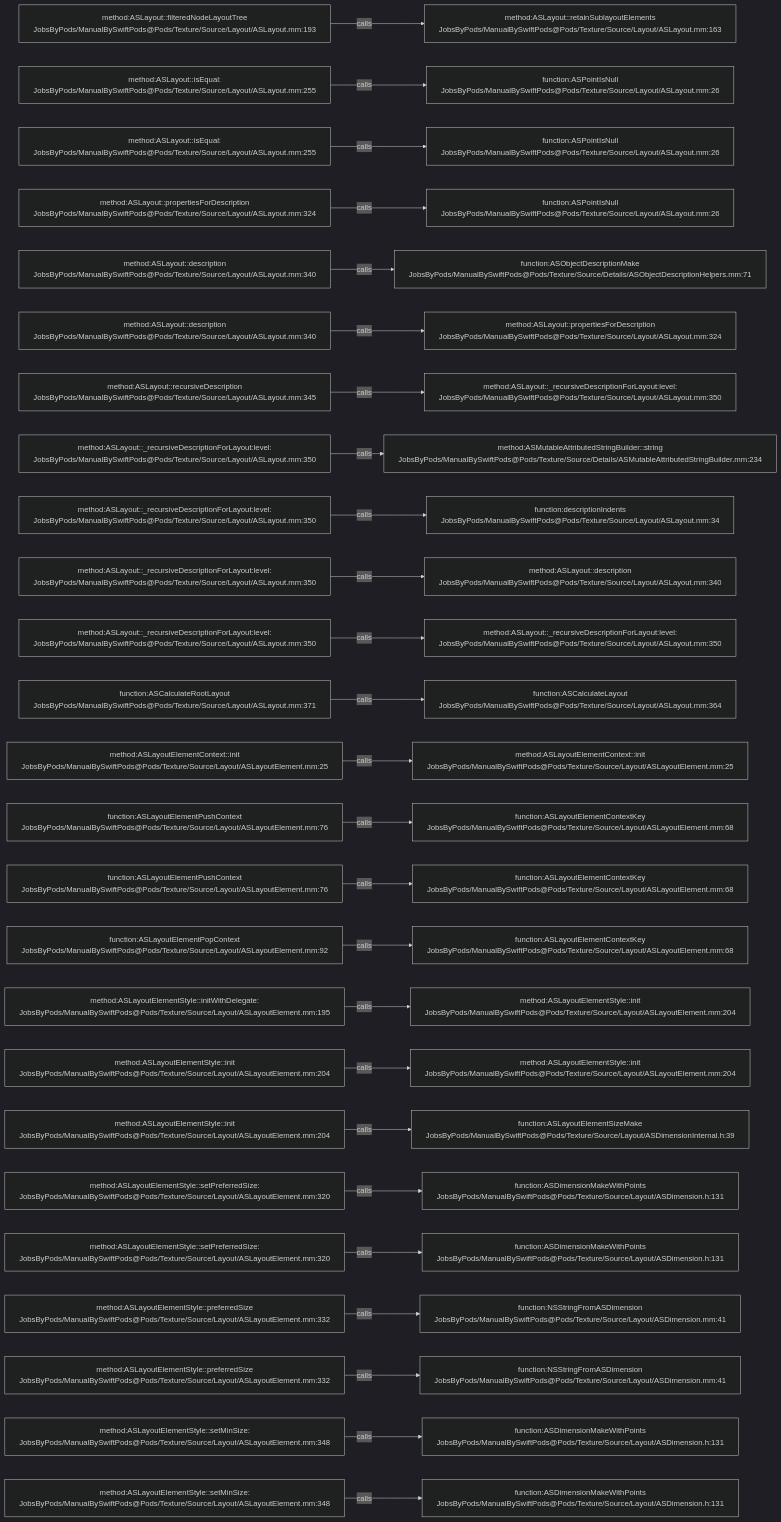
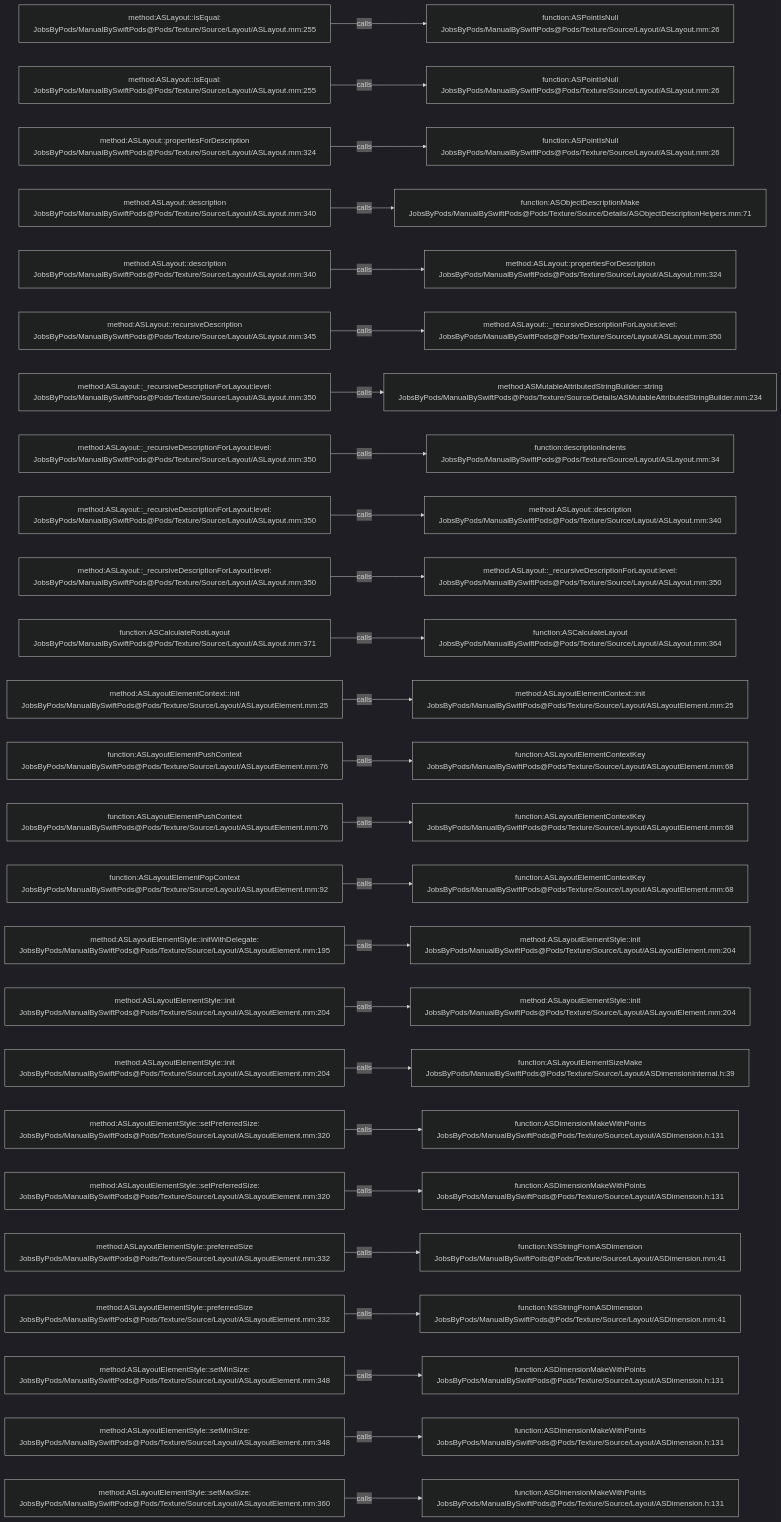
One commit to JobsKits/JobsSwiftBaseConfigDemo changed the diagram in .codegraph/codegraph.md/graphs/calls-109.md. Above: the diagram before and after it, drawn with Mermaid (dark theme). The commit also changed 747 other files, not shown here.

````diff
--- a/.codegraph/codegraph.md/graphs/calls-109.md
+++ b/.codegraph/codegraph.md/graphs/calls-109.md
@@ -13,78 +13,78 @@
 ```mermaid
 flowchart LR
-  S1["method:ASLayout::filteredNodeLayoutTree<br/>JobsByPods/ManualBySwiftPods@Pods/Texture/Source/Layout/ASLayout.mm:193"]
-  T1["method:ASLayout::retainSublayoutElements<br/>JobsByPods/ManualBySwiftPods@Pods/Texture/Source/Layout/ASLayout.mm:163"]
+  S1["method:ASLayout::isEqual:<br/>JobsByPods/ManualBySwiftPods@Pods/Texture/Source/Layout/ASLayout.mm:255"]
+  T1["function:ASPointIsNull<br/>JobsByPods/ManualBySwiftPods@Pods/Texture/Source/Layout/ASLayout.mm:26"]
   S1 -->|calls| T1
   S2["method:ASLayout::isEqual:<br/>JobsByPods/ManualBySwiftPods@Pods/Texture/Source/Layout/ASLayout.mm:255"]
   T2["function:ASPointIsNull<br/>JobsByPods/ManualBySwiftPods@Pods/Texture/Source/Layout/ASLayout.mm:26"]
   S2 -->|calls| T2
-  S3["method:ASLayout::isEqual:<br/>JobsByPods/ManualBySwiftPods@Pods/Texture/Source/Layout/ASLayout.mm:255"]
+  S3["method:ASLayout::propertiesForDescription<br/>JobsByPods/ManualBySwiftPods@Pods/Texture/Source/Layout/ASLayout.mm:324"]
   T3["function:ASPointIsNull<br/>JobsByPods/ManualBySwiftPods@Pods/Texture/Source/Layout/ASLayout.mm:26"]
   S3 -->|calls| T3
-  S4["method:ASLayout::propertiesForDescription<br/>JobsByPods/ManualBySwiftPods@Pods/Texture/Source/Layout/ASLayout.mm:324"]
-  T4["function:ASPointIsNull<br/>JobsByPods/ManualBySwiftPods@Pods/Texture/Source/Layout/ASLayout.mm:26"]
+  S4["method:ASLayout::description<br/>JobsByPods/ManualBySwiftPods@Pods/Texture/Source/Layout/ASLayout.mm:340"]
+  T4["function:ASObjectDescriptionMake<br/>JobsByPods/ManualBySwiftPods@Pods/Texture/Source/Details/ASObjectDescriptionHelpers.mm:71"]
   S4 -->|calls| T4
   S5["method:ASLayout::description<br/>JobsByPods/ManualBySwiftPods@Pods/Texture/Source/Layout/ASLayout.mm:340"]
-  T5["function:ASObjectDescriptionMake<br/>JobsByPods/ManualBySwiftPods@Pods/Texture/Source/Details/ASObjectDescriptionHelpers.mm:71"]
+  T5["method:ASLayout::propertiesForDescription<br/>JobsByPods/ManualBySwiftPods@Pods/Texture/Source/Layout/ASLayout.mm:324"]
   S5 -->|calls| T5
-  S6["method:ASLayout::description<br/>JobsByPods/ManualBySwiftPods@Pods/Texture/Source/Layout/ASLayout.mm:340"]
-  T6["method:ASLayout::propertiesForDescription<br/>JobsByPods/ManualBySwiftPods@Pods/Texture/Source/Layout/ASLayout.mm:324"]
+  S6["method:ASLayout::recursiveDescription<br/>JobsByPods/ManualBySwiftPods@Pods/Texture/Source/Layout/ASLayout.mm:345"]
+  T6["method:ASLayout::_recursiveDescriptionForLayout:level:<br/>JobsByPods/ManualBySwiftPods@Pods/Texture/Source/Layout/ASLayout.mm:350"]
   S6 -->|calls| T6
-  S7["method:ASLayout::recursiveDescription<br/>JobsByPods/ManualBySwiftPods@Pods/Texture/Source/Layout/ASLayout.mm:345"]
-  T7["method:ASLayout::_recursiveDescriptionForLayout:level:<br/>JobsByPods/ManualBySwiftPods@Pods/Texture/Source/Layout/ASLayout.mm:350"]
+  S7["method:ASLayout::_recursiveDescriptionForLayout:level:<br/>JobsByPods/ManualBySwiftPods@Pods/Texture/Source/Layout/ASLayout.mm:350"]
+  T7["method:ASMutableAttributedStringBuilder::string<br/>JobsByPods/ManualBySwiftPods@Pods/Texture/Source/Details/ASMutableAttributedStringBuilder.mm:234"]
   S7 -->|calls| T7
   S8["method:ASLayout::_recursiveDescriptionForLayout:level:<br/>JobsByPods/ManualBySwiftPods@Pods/Texture/Source/Layout/ASLayout.mm:350"]
-  T8["method:ASMutableAttributedStringBuilder::string<br/>JobsByPods/ManualBySwiftPods@Pods/Texture/Source/Details/ASMutableAttributedStringBuilder.mm:234"]
+  T8["function:descriptionIndents<br/>JobsByPods/ManualBySwiftPods@Pods/Texture/Source/Layout/ASLayout.mm:34"]
   S8 -->|calls| T8
   S9["method:ASLayout::_recursiveDescriptionForLayout:level:<br/>JobsByPods/ManualBySwiftPods@Pods/Texture/Source/Layout/ASLayout.mm:350"]
-  T9["function:descriptionIndents<br/>JobsByPods/ManualBySwiftPods@Pods/Texture/Source/Layout/ASLayout.mm:34"]
+  T9["method:ASLayout::description<br/>JobsByPods/ManualBySwiftPods@Pods/Texture/Source/Layout/ASLayout.mm:340"]
   S9 -->|calls| T9
   S10["method:ASLayout::_recursiveDescriptionForLayout:level:<br/>JobsByPods/ManualBySwiftPods@Pods/Texture/Source/Layout/ASLayout.mm:350"]
-  T10["method:ASLayout::description<br/>JobsByPods/ManualBySwiftPods@Pods/Texture/Source/Layout/ASLayout.mm:340"]
+  T10["method:ASLayout::_recursiveDescriptionForLayout:level:<br/>JobsByPods/ManualBySwiftPods@Pods/Texture/Source/Layout/ASLayout.mm:350"]
   S10 -->|calls| T10
-  S11["method:ASLayout::_recursiveDescriptionForLayout:level:<br/>JobsByPods/ManualBySwiftPods@Pods/Texture/Source/Layout/ASLayout.mm:350"]
-  T11["method:ASLayout::_recursiveDescriptionForLayout:level:<br/>JobsByPods/ManualBySwiftPods@Pods/Texture/Source/Layout/ASLayout.mm:350"]
+  S11["function:ASCalculateRootLayout<br/>JobsByPods/ManualBySwiftPods@Pods/Texture/Source/Layout/ASLayout.mm:371"]
+  T11["function:ASCalculateLayout<br/>JobsByPods/ManualBySwiftPods@Pods/Texture/Source/Layout/ASLayout.mm:364"]
   S11 -->|calls| T11
-  S12["function:ASCalculateRootLayout<br/>JobsByPods/ManualBySwiftPods@Pods/Texture/Source/Layout/ASLayout.mm:371"]
-  T12["function:ASCalculateLayout<br/>JobsByPods/ManualBySwiftPods@Pods/Texture/Source/Layout/ASLayout.mm:364"]
+  S12["method:ASLayoutElementContext::init<br/>JobsByPods/ManualBySwiftPods@Pods/Texture/Source/Layout/ASLayoutElement.mm:25"]
+  T12["method:ASLayoutElementContext::init<br/>JobsByPods/ManualBySwiftPods@Pods/Texture/Source/Layout/ASLayoutElement.mm:25"]
   S12 -->|calls| T12
-  S13["method:ASLayoutElementContext::init<br/>JobsByPods/ManualBySwiftPods@Pods/Texture/Source/Layout/ASLayoutElement.mm:25"]
-  T13["method:ASLayoutElementContext::init<br/>JobsByPods/ManualBySwiftPods@Pods/Texture/Source/Layout/ASLayoutElement.mm:25"]
+  S13["function:ASLayoutElementPushContext<br/>JobsByPods/ManualBySwiftPods@Pods/Texture/Source/Layout/ASLayoutElement.mm:76"]
+  T13["function:ASLayoutElementContextKey<br/>JobsByPods/ManualBySwiftPods@Pods/Texture/Source/Layout/ASLayoutElement.mm:68"]
   S13 -->|calls| T13
   S14["function:ASLayoutElementPushContext<br/>JobsByPods/ManualBySwiftPods@Pods/Texture/Source/Layout/ASLayoutElement.mm:76"]
   T14["function:ASLayoutElementContextKey<br/>JobsByPods/ManualBySwiftPods@Pods/Texture/Source/Layout/ASLayoutElement.mm:68"]
   S14 -->|calls| T14
-  S15["function:ASLayoutElementPushContext<br/>JobsByPods/ManualBySwiftPods@Pods/Texture/Source/Layout/ASLayoutElement.mm:76"]
+  S15["function:ASLayoutElementPopContext<br/>JobsByPods/ManualBySwiftPods@Pods/Texture/Source/Layout/ASLayoutElement.mm:92"]
   T15["function:ASLayoutElementContextKey<br/>JobsByPods/ManualBySwiftPods@Pods/Texture/Source/Layout/ASLayoutElement.mm:68"]
   S15 -->|calls| T15
-  S16["function:ASLayoutElementPopContext<br/>JobsByPods/ManualBySwiftPods@Pods/Texture/Source/Layout/ASLayoutElement.mm:92"]
-  T16["function:ASLayoutElementContextKey<br/>JobsByPods/ManualBySwiftPods@Pods/Texture/Source/Layout/ASLayoutElement.mm:68"]
+  S16["method:ASLayoutElementStyle::initWithDelegate:<br/>JobsByPods/ManualBySwiftPods@Pods/Texture/Source/Layout/ASLayoutElement.mm:195"]
+  T16["method:ASLayoutElementStyle::init<br/>JobsByPods/ManualBySwiftPods@Pods/Texture/Source/Layout/ASLayoutElement.mm:204"]
   S16 -->|calls| T16
-  S17["method:ASLayoutElementStyle::initWithDelegate:<br/>JobsByPods/ManualBySwiftPods@Pods/Texture/Source/Layout/ASLayoutElement.mm:195"]
+  S17["method:ASLayoutElementStyle::init<br/>JobsByPods/ManualBySwiftPods@Pods/Texture/Source/Layout/ASLayoutElement.mm:204"]
   T17["method:ASLayoutElementStyle::init<br/>JobsByPods/ManualBySwiftPods@Pods/Texture/Source/Layout/ASLayoutElement.mm:204"]
   S17 -->|calls| T17
   S18["method:ASLayoutElementStyle::init<br/>JobsByPods/ManualBySwiftPods@Pods/Texture/Source/Layout/ASLayoutElement.mm:204"]
-  T18["method:ASLayoutElementStyle::init<br/>JobsByPods/ManualBySwiftPods@Pods/Texture/Source/Layout/ASLayoutElement.mm:204"]
+  T18["function:ASLayoutElementSizeMake<br/>JobsByPods/ManualBySwiftPods@Pods/Texture/Source/Layout/ASDimensionInternal.h:39"]
   S18 -->|calls| T18
-  S19["method:ASLayoutElementStyle::init<br/>JobsByPods/ManualBySwiftPods@Pods/Texture/Source/Layout/ASLayoutElement.mm:204"]
-  T19["function:ASLayoutElementSizeMake<br/>JobsByPods/ManualBySwiftPods@Pods/Texture/Source/Layout/ASDimensionInternal.h:39"]
+  S19["method:ASLayoutElementStyle::setPreferredSize:<br/>JobsByPods/ManualBySwiftPods@Pods/Texture/Source/Layout/ASLayoutElement.mm:320"]
+  T19["function:ASDimensionMakeWithPoints<br/>JobsByPods/ManualBySwiftPods@Pods/Texture/Source/Layout/ASDimension.h:131"]
   S19 -->|calls| T19
   S20["method:ASLayoutElementStyle::setPreferredSize:<br/>JobsByPods/ManualBySwiftPods@Pods/Texture/Source/Layout/ASLayoutElement.mm:320"]
   T20["function:ASDimensionMakeWithPoints<br/>JobsByPods/ManualBySwiftPods@Pods/Texture/Source/Layout/ASDimension.h:131"]
   S20 -->|calls| T20
-  S21["method:ASLayoutElementStyle::setPreferredSize:<br/>JobsByPods/ManualBySwiftPods@Pods/Texture/Source/Layout/ASLayoutElement.mm:320"]
-  T21["function:ASDimensionMakeWithPoints<br/>JobsByPods/ManualBySwiftPods@Pods/Texture/Source/Layout/ASDimension.h:131"]
+  S21["method:ASLayoutElementStyle::preferredSize<br/>JobsByPods/ManualBySwiftPods@Pods/Texture/Source/Layout/ASLayoutElement.mm:332"]
+  T21["function:NSStringFromASDimension<br/>JobsByPods/ManualBySwiftPods@Pods/Texture/Source/Layout/ASDimension.mm:41"]
   S21 -->|calls| T21
   S22["method:ASLayoutElementStyle::preferredSize<br/>JobsByPods/ManualBySwiftPods@Pods/Texture/Source/Layout/ASLayoutElement.mm:332"]
   T22["function:NSStringFromASDimension<br/>JobsByPods/ManualBySwiftPods@Pods/Texture/Source/Layout/ASDimension.mm:41"]
   S22 -->|calls| T22
-  S23["method:ASLayoutElementStyle::preferredSize<br/>JobsByPods/ManualBySwiftPods@Pods/Texture/Source/Layout/ASLayoutElement.mm:332"]
-  T23["function:NSStringFromASDimension<br/>JobsByPods/ManualBySwiftPods@Pods/Texture/Source/Layout/ASDimension.mm:41"]
+  S23["method:ASLayoutElementStyle::setMinSize:<br/>JobsByPods/ManualBySwiftPods@Pods/Texture/Source/Layout/ASLayoutElement.mm:348"]
+  T23["function:ASDimensionMakeWithPoints<br/>JobsByPods/ManualBySwiftPods@Pods/Texture/Source/Layout/ASDimension.h:131"]
   S23 -->|calls| T23
   S24["method:ASLayoutElementStyle::setMinSize:<br/>JobsByPods/ManualBySwiftPods@Pods/Texture/Source/Layout/ASLayoutElement.mm:348"]
   T24["function:ASDimensionMakeWithPoints<br/>JobsByPods/ManualBySwiftPods@Pods/Texture/Source/Layout/ASDimension.h:131"]
   S24 -->|calls| T24
-  S25["method:ASLayoutElementStyle::setMinSize:<br/>JobsByPods/ManualBySwiftPods@Pods/Texture/Source/Layout/ASLayoutElement.mm:348"]
+  S25["method:ASLayoutElementStyle::setMaxSize:<br/>JobsByPods/ManualBySwiftPods@Pods/Texture/Source/Layout/ASLayoutElement.mm:360"]
   T25["function:ASDimensionMakeWithPoints<br/>JobsByPods/ManualBySwiftPods@Pods/Texture/Source/Layout/ASDimension.h:131"]
   S25 -->|calls| T25
 ```
````
